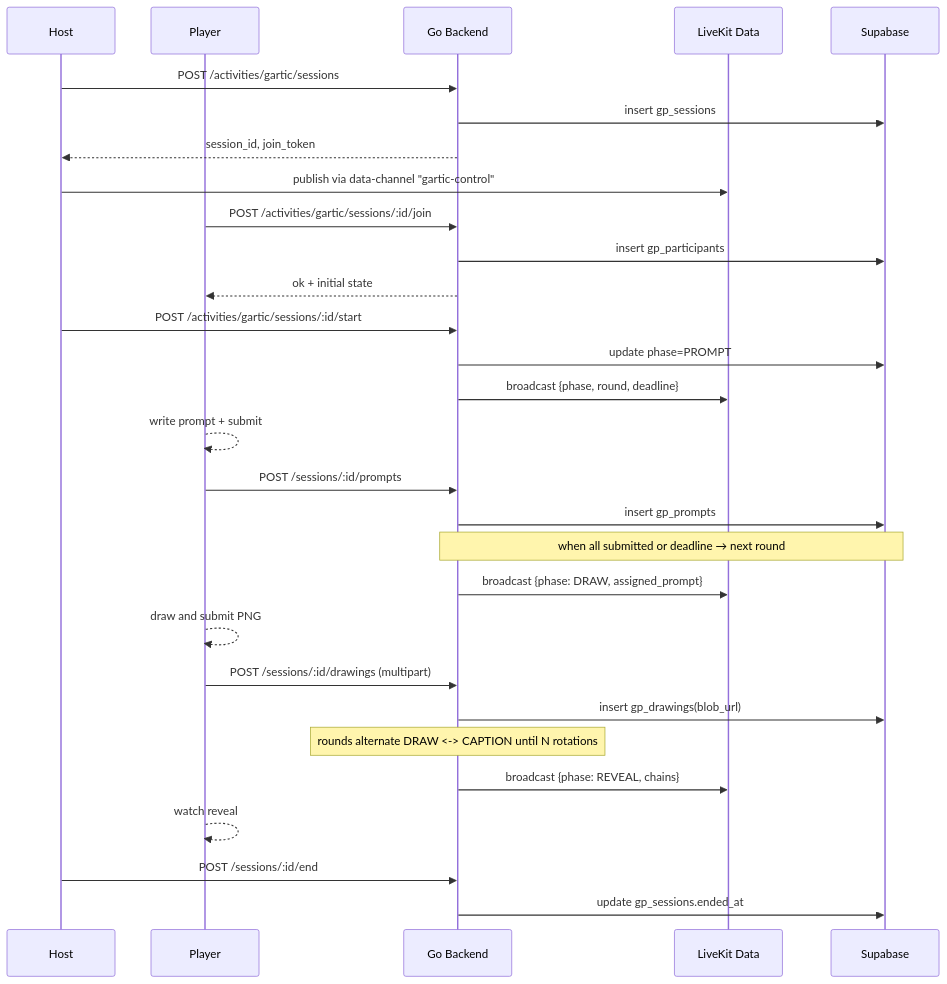
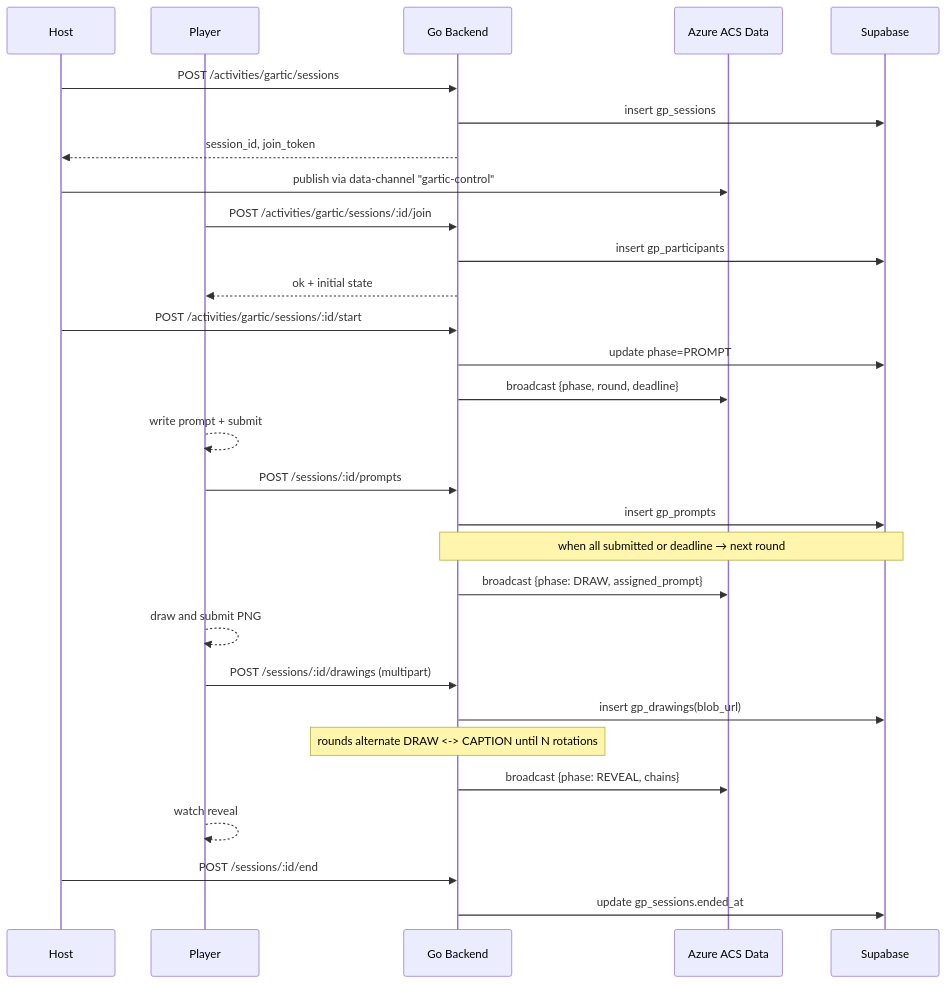
Before and after one commit to Santosh-Prasad-Verma/Flicko: the diagram in missing-features/01-discord-parity-activities/gartic-phone/APPFLOW.md, drawn with Mermaid. The commit also changed 225 other files, not shown here.

Commit message:
feat: eliminate legacy LiveKit references, align with Azure ACS VoIP stack, and prune docs (#84)

````diff
--- a/missing-features/01-discord-parity-activities/gartic-phone/APPFLOW.md
+++ b/missing-features/01-discord-parity-activities/gartic-phone/APPFLOW.md
@@ -5,32 +5,32 @@
 ```mermaid
 sequenceDiagram
     participant H as Host
     participant P as Player
     participant API as Go Backend
-    participant LK as LiveKit Data
+    participant LK as Azure ACS Data
     participant DB as Supabase
 
     H->>API: POST /activities/gartic/sessions
     API->>DB: insert gp_sessions
     API-->>H: session_id, join_token
     H->>LK: publish via data-channel "gartic-control"
     P->>API: POST /activities/gartic/sessions/:id/join
     API->>DB: insert gp_participants
     API-->>P: ok + initial state
     H->>API: POST /activities/gartic/sessions/:id/start
     API->>DB: update phase=PROMPT
     API->>LK: broadcast {phase, round, deadline}
     P-->>P: write prompt + submit
     P->>API: POST /sessions/:id/prompts
     API->>DB: insert gp_prompts
     Note over API,DB: when all submitted or deadline → next round
     API->>LK: broadcast {phase: DRAW, assigned_prompt}
     P-->>P: draw and submit PNG
     P->>API: POST /sessions/:id/drawings (multipart)
     API->>DB: insert gp_drawings(blob_url)
     Note over API: rounds alternate DRAW <-> CAPTION until N rotations
     API->>LK: broadcast {phase: REVEAL, chains}
     P-->>P: watch reveal
     H->>API: POST /sessions/:id/end
     API->>DB: update gp_sessions.ended_at
 ```
````
